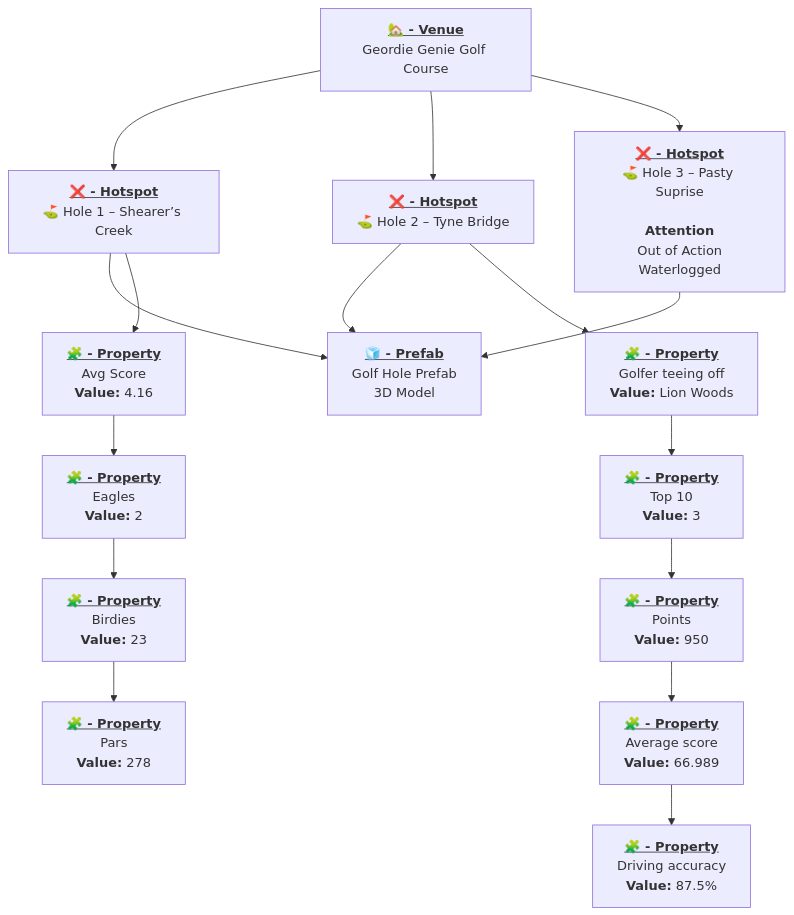
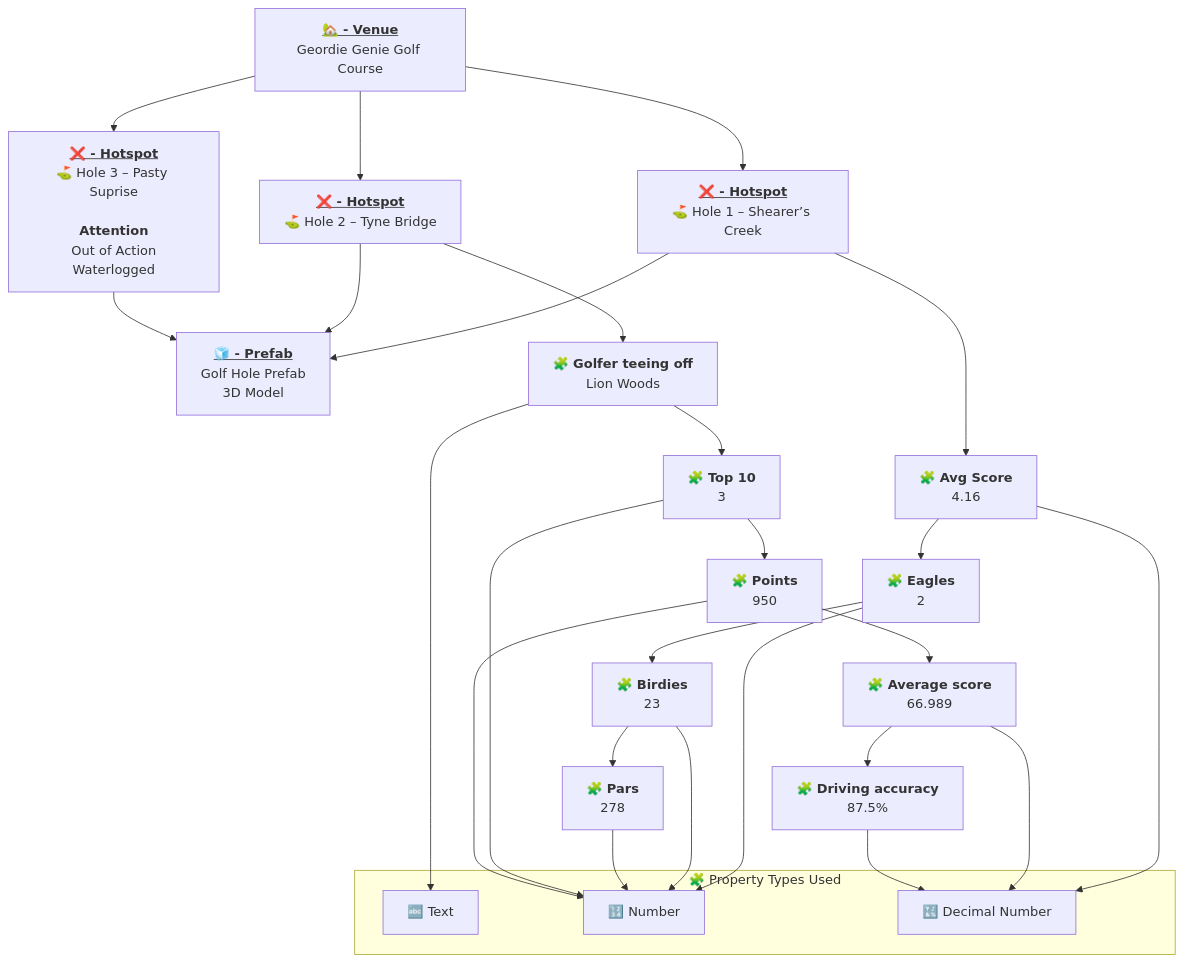
The second of 5 diagrams in profile/README.md (GeoARit/.github), drawn with Mermaid before and after one commit. The commit also changed other lines of this file, not shown here.

````diff
--- a/profile/README.md
+++ b/profile/README.md
@@ -93,65 +105,72 @@
 ```mermaid
 flowchart TD
 
 %% ========================
 %% VENUE
 %% ========================
 VENUE["<u><b>🏡 - Venue</b></u><br/>Geordie Genie Golf Course"]
 click VENUE "https://geoar.it/help#category-Venue-Properties" _blank
 
-
 %% ========================
-%% HOTSPOTS (Hole 1, 2, 3)
+%% HOTSPOTS
 %% ========================
 HS1["<u><b>❌ - Hotspot</b></u><br/>⛳ Hole 1 – Shearer’s Creek"]
-click HS1 "https://geoar.it/help#category-Hotspot-Properties" _blank
-
 HS2["<u><b>❌ - Hotspot</b></u><br/>⛳ Hole 2 – Tyne Bridge"]
-click HS2 "https://geoar.it/help#category-Hotspot-Properties" _blank
-
 HS3["<u><b>❌ - Hotspot</b></u><br/>⛳ Hole 3 – Pasty Suprise<br/><br/><b>Attention</b><br/>Out of Action<br/>Waterlogged"]
-click HS3 "https://geoar.it/help#category-Hotspot-Properties" _blank
-
 
 VENUE --> HS1
 VENUE --> HS2
 VENUE --> HS3
 
-
 %% ========================
-%% SHARED PREFAB NODE
+%% PREFAB
 %% ========================
 PREFAB["<u><b>🧊 - Prefab</b></u><br/>Golf Hole Prefab<br/>3D Model"]
-click PREFAB "https://geoar.it/help#category-Prefab" _blank
-
 HS1 --> PREFAB
 HS2 --> PREFAB
 HS3 --> PREFAB
 
-
 %% ========================
 %% PROPERTIES FOR HOLE 1
 %% ========================
-HS1_P1["<u><b>🧩 - Property</b></u><br/>Avg Score<br/><b>Value:</b> 4.16"]
-HS1_P2["<u><b>🧩 - Property</b></u><br/>Eagles<br/><b>Value:</b> 2"]
-HS1_P3["<u><b>🧩 - Property</b></u><br/>Birdies<br/><b>Value:</b> 23"]
-HS1_P4["<u><b>🧩 - Property</b></u><br/>Pars<br/><b>Value:</b> 278"]
+HS1_P1["🧩 <b>Avg Score</b><br/>4.16"]
+HS1_P2["🧩 <b>Eagles</b><br/>2"]
+HS1_P3["🧩 <b>Birdies</b><br/>23"]
+HS1_P4["🧩 <b>Pars</b><br/>278"]
 
 HS1 --> HS1_P1 --> HS1_P2 --> HS1_P3 --> HS1_P4
-
 
 %% ========================
 %% PROPERTIES FOR HOLE 2
 %% ========================
-HS2_P1["<u><b>🧩 - Property</b></u><br/>Golfer teeing off<br/><b>Value:</b> Lion Woods"]
-HS2_P2["<u><b>🧩 - Property</b></u><br/>Top 10<br/><b>Value:</b> 3"]
-HS2_P3["<u><b>🧩 - Property</b></u><br/>Points<br/><b>Value:</b> 950"]
-HS2_P4["<u><b>🧩 - Property</b></u><br/>Average score<br/><b>Value:</b> 66.989"]
-HS2_P5["<u><b>🧩 - Property</b></u><br/>Driving accuracy<br/><b>Value:</b> 87.5%"]
+HS2_P1["🧩 <b>Golfer teeing off</b><br/>Lion Woods"]
+HS2_P2["🧩 <b>Top 10</b><br/>3"]
+HS2_P3["🧩 <b>Points</b><br/>950"]
+HS2_P4["🧩 <b>Average score</b><br/>66.989"]
+HS2_P5["🧩 <b>Driving accuracy</b><br/>87.5%"]
 
 HS2 --> HS2_P1 --> HS2_P2 --> HS2_P3 --> HS2_P4 --> HS2_P5
 
+%% ========================
+%% PROPERTY TYPES USED
+%% ========================
+subgraph PROP_TYPES ["🧩 Property Types Used"]
+    TYPE_TEXT["🔤 Text"]
+    TYPE_NUM["🔢 Number"]
+    TYPE_DEC["🔣 Decimal Number"]
+end
 
-%% Hole 3 properties remain embedded in hotspot box
+%% ========================
+%% MAPPINGS
+%% ========================
+HS1_P1 --> TYPE_DEC
+HS1_P2 --> TYPE_NUM
+HS1_P3 --> TYPE_NUM
+HS1_P4 --> TYPE_NUM
 
+HS2_P1 --> TYPE_TEXT
+HS2_P2 --> TYPE_NUM
+HS2_P3 --> TYPE_NUM
+HS2_P4 --> TYPE_DEC
+HS2_P5 --> TYPE_DEC
 ```
````
